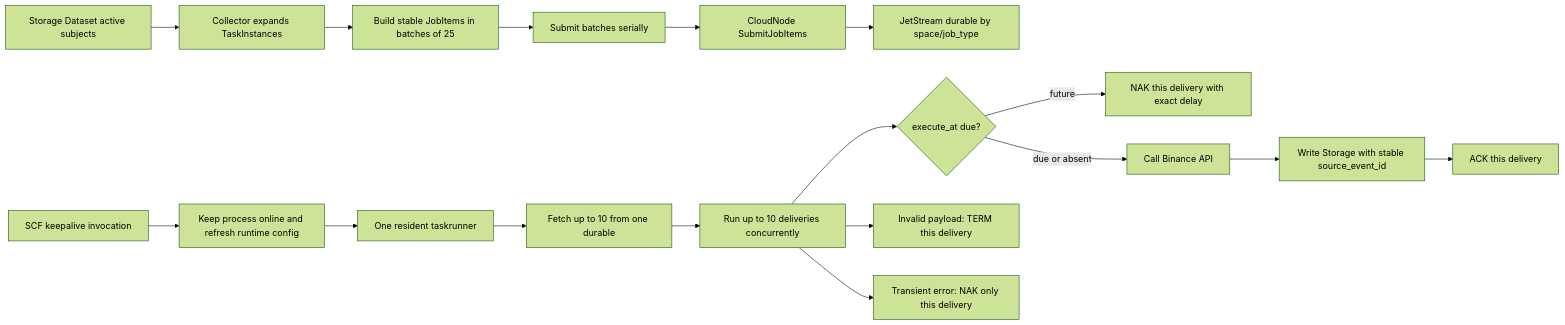
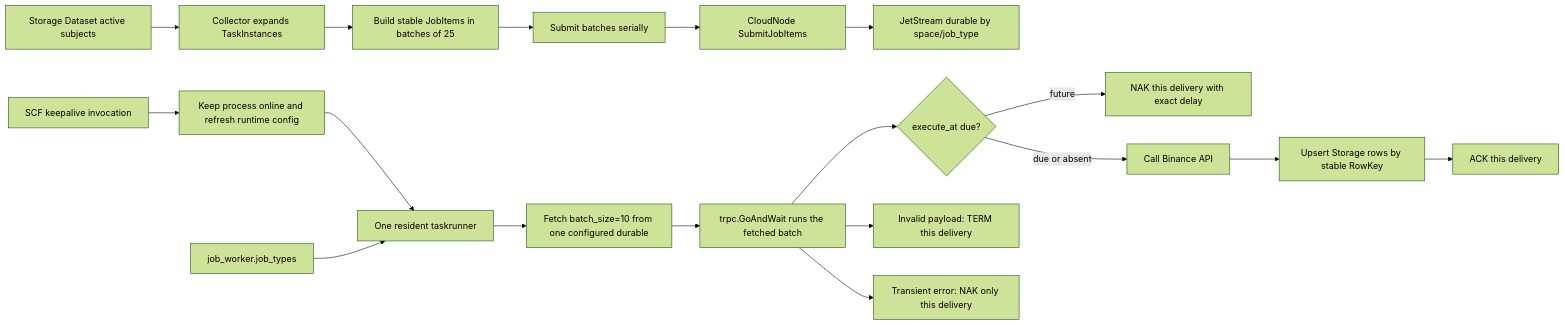
The diagram in docs/superpowers/plans/2026-07-27-collector-scf-jetstream-batch-concurrency.md (mooyang-code/moox), drawn with Mermaid (forest theme) before and after one commit. The commit also changed other lines of this file, not shown here.

First line of the commit message:
docs(collector): refine SCF batch execution plan

````diff
--- a/docs/superpowers/plans/2026-07-27-collector-scf-jetstream-batch-concurrency.md
+++ b/docs/superpowers/plans/2026-07-27-collector-scf-jetstream-batch-concurrency.md
@@ -74,21 +81,22 @@
 ```mermaid
 flowchart LR
     Dataset["Storage Dataset active subjects"] --> Planner["Collector expands TaskInstances"]
     Planner --> Batch["Build stable JobItems in batches of 25"]
     Batch --> Serial["Submit batches serially"]
     Serial --> CloudNode["CloudNode SubmitJobItems"]
     CloudNode --> JS["JetStream durable by space/job_type"]
 
     Keepalive["SCF keepalive invocation"] --> Runtime["Keep process online and refresh runtime config"]
     Runtime --> Runner["One resident taskrunner"]
-    Runner --> Fetch["Fetch up to 10 from one durable"]
-    Fetch --> Concurrent["Run up to 10 deliveries concurrently"]
+    Config["job_worker.job_types"] --> Runner
+    Runner --> Fetch["Fetch batch_size=10 from one configured durable"]
+    Fetch --> Concurrent["trpc.GoAndWait runs the fetched batch"]
 
     Concurrent --> Due{"execute_at due?"}
     Due -->|"future"| NAK["NAK this delivery with exact delay"]
     Due -->|"due or absent"| Binance["Call Binance API"]
-    Binance --> Storage["Write Storage with stable source_event_id"]
+    Binance --> Storage["Upsert Storage rows by stable RowKey"]
     Storage --> ACK["ACK this delivery"]
     Concurrent --> TERM["Invalid payload: TERM this delivery"]
     Concurrent --> Retry["Transient error: NAK only this delivery"]
 ```
````
